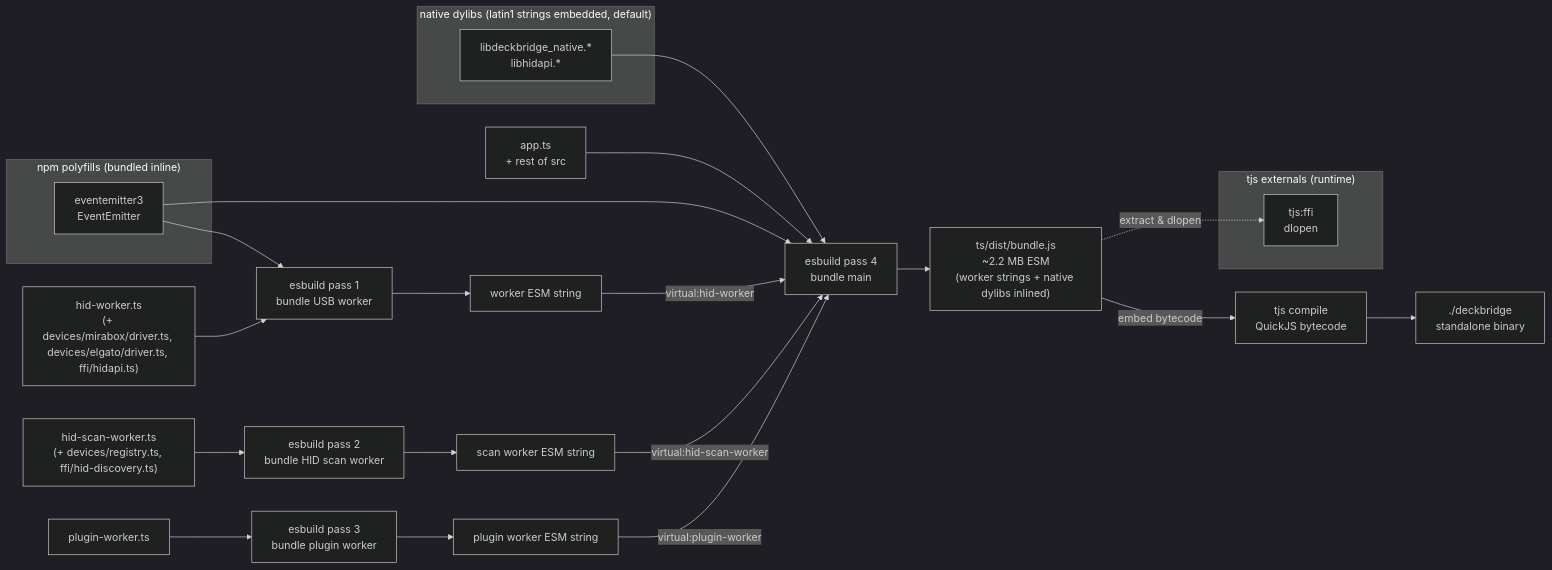
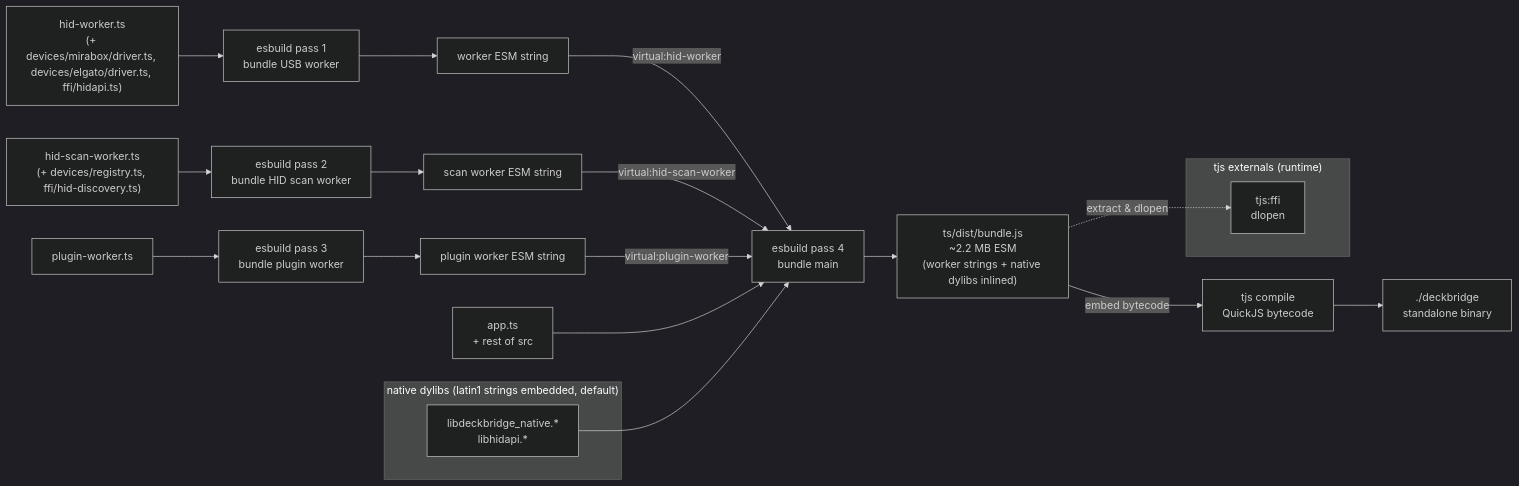
The second of 4 diagrams in docs/ARCHITECTURE.md (lukasMega/DeckBridge), drawn with Mermaid (dark theme) before and after one commit. The commit also changed other lines of this file and 5 other files, not shown here.

First line of the commit message:
perf: replace eventemitter3 with a minimal internal emitter (#211)

````diff
--- a/docs/ARCHITECTURE.md
+++ b/docs/ARCHITECTURE.md
@@ -760,42 +760,36 @@
 ```mermaid
 flowchart LR
     WTS["hid-worker.ts<br/>(+ devices/mirabox/driver.ts, devices/elgato/driver.ts, ffi/hidapi.ts)"]
     SWTS["hid-scan-worker.ts<br/>(+ devices/registry.ts, ffi/hid-discovery.ts)"]
     PWTS["plugin-worker.ts"]
     TS["app.ts<br/>+ rest of src"]
     EB1["esbuild pass 1<br/>bundle USB worker"]
     EBS["esbuild pass 2<br/>bundle HID scan worker"]
     EBP["esbuild pass 3<br/>bundle plugin worker"]
     WSTR["worker ESM string"]
     SWSTR["scan worker ESM string"]
     PWSTR["plugin worker ESM string"]
     EB2["esbuild pass 4<br/>bundle main"]
     BUNDLE["ts/dist/bundle.js<br/>~2.2 MB ESM<br/>(worker strings + native dylibs inlined)"]
     TJSC["tjs compile<br/>QuickJS bytecode"]
     BIN["./deckbridge<br/>standalone binary"]
 
     WTS --> EB1 --> WSTR
     SWTS --> EBS --> SWSTR
     PWTS --> EBP --> PWSTR
     WSTR -->|"virtual:hid-worker"| EB2
     SWSTR -->|"virtual:hid-scan-worker"| EB2
     PWSTR -->|"virtual:plugin-worker"| EB2
     TS --> EB2 --> BUNDLE
     BUNDLE -->|"embed bytecode"| TJSC --> BIN
 
     subgraph "native dylibs (latin1 strings embedded, default)"
         IMG_DL["libdeckbridge_native.*<br/>libhidapi.*"]
     end
     IMG_DL --> EB2
 
-    subgraph "npm polyfills (bundled inline)"
-        EE["eventemitter3<br/>EventEmitter"]
-    end
-    EE --> EB1
-    EE --> EB2
-
     subgraph "tjs externals (runtime)"
         FFI["tjs:ffi<br/>dlopen"]
     end
     BUNDLE -.->|"extract & dlopen"| FFI
 ```
````
